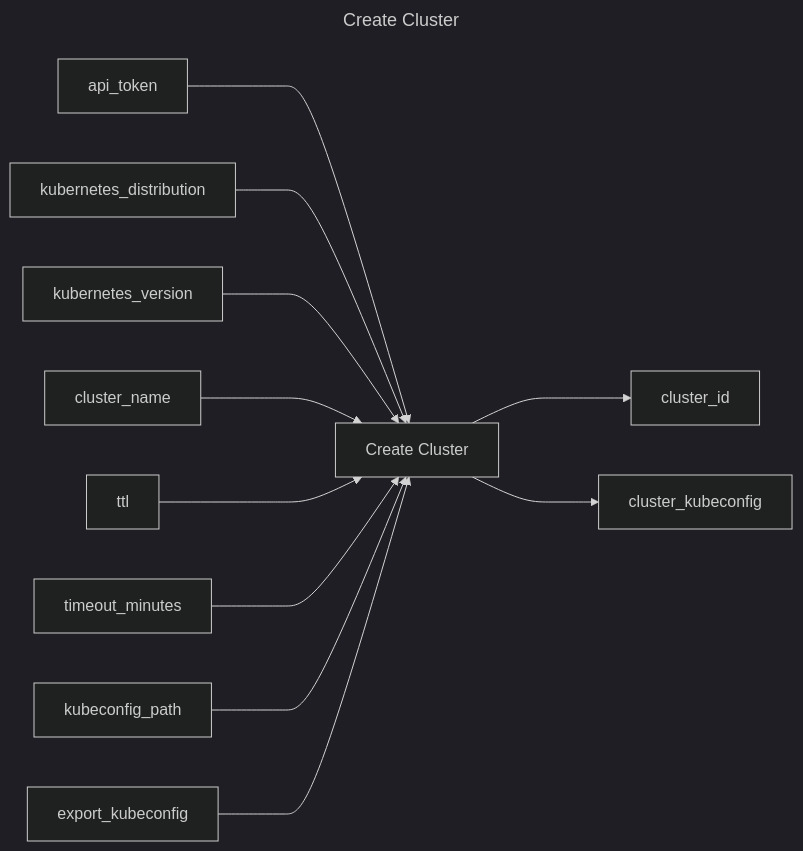
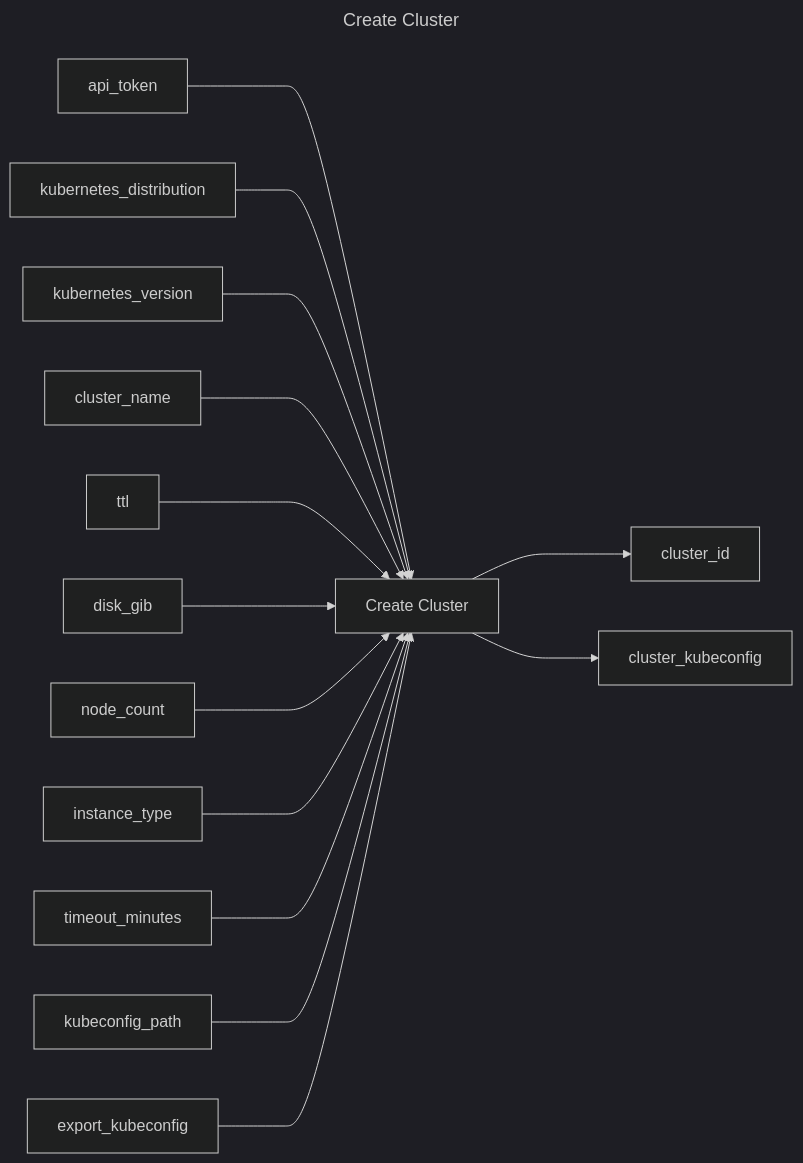
One commit to replicatedhq/replicated-actions changed the diagram in create-cluster/README.md. Above: the diagram before and after it, drawn with Mermaid (dark theme). The commit also changed other lines of this file and 2 other files, not shown here.

Commit message:
Automated commit of npm build result and updated readme files

````diff
--- a/create-cluster/README.md
+++ b/create-cluster/README.md
@@ -3,17 +3,20 @@
 ```mermaid
 ---
 title: Create Cluster
 ---
 graph LR
 create_cluster["Create Cluster"]
 api_token ---> create_cluster
 kubernetes_distribution ---> create_cluster
 kubernetes_version ---> create_cluster
 cluster_name ---> create_cluster
 ttl ---> create_cluster
+disk_gib ---> create_cluster
+node_count ---> create_cluster
+instance_type ---> create_cluster
 timeout_minutes ---> create_cluster
 kubeconfig_path ---> create_cluster
 export_kubeconfig ---> create_cluster
 create_cluster ---> cluster_id
 create_cluster ---> cluster_kubeconfig
 ```
````
